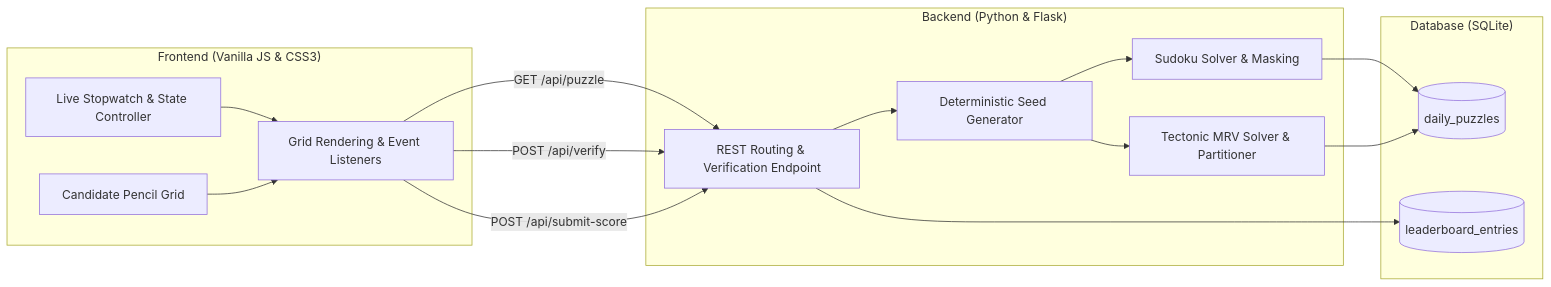
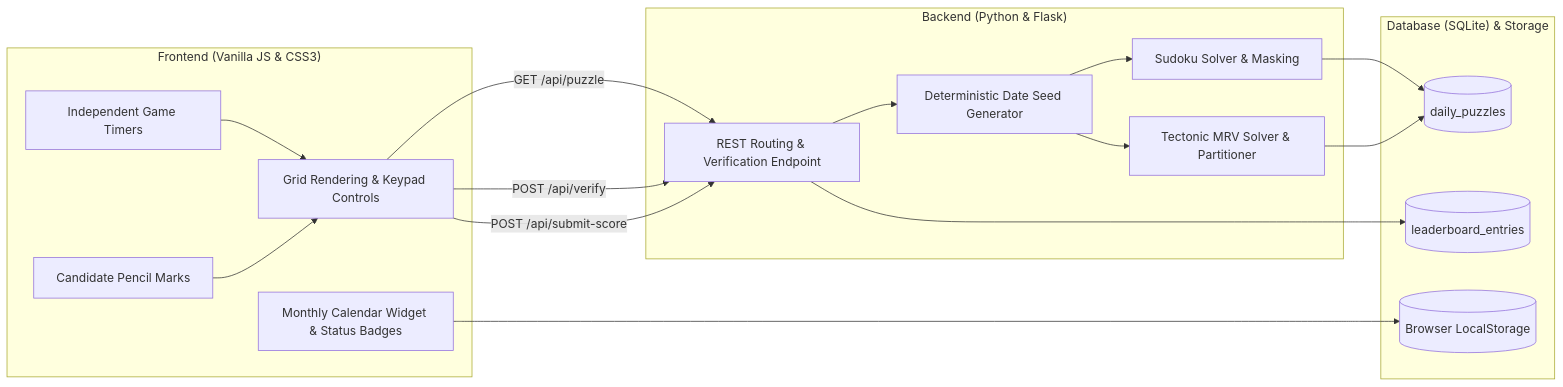
One commit to kallt/daily-logic-puzzles changed the diagram in README.md. Above: the diagram before and after it, drawn with Mermaid. The commit also changed other lines of this file and 7 other files, not shown here.

Commit message:
feat: add Testportalen calendar history widget, independent game timers, and remove assisted flags

````diff
--- a/README.md
+++ b/README.md
@@ -26,29 +30,32 @@
 ```mermaid
 flowchart LR
     subgraph Client ["Frontend (Vanilla JS & CSS3)"]
-        UI[Grid Rendering & Event Listeners]
-        Timer[Live Stopwatch & State Controller]
-        Notes[Candidate Pencil Grid]
+        UI[Grid Rendering & Keypad Controls]
+        Cal[Monthly Calendar Widget & Status Badges]
+        Timer[Independent Game Timers]
+        Notes[Candidate Pencil Marks]
     end
 
     subgraph Server ["Backend (Python & Flask)"]
         API[REST Routing & Verification Endpoint]
         S_Engine[Sudoku Solver & Masking]
         T_Engine[Tectonic MRV Solver & Partitioner]
-        Seed[Deterministic Seed Generator]
+        Seed[Deterministic Date Seed Generator]
     end
 
-    subgraph Storage ["Database (SQLite)"]
+    subgraph Storage ["Database (SQLite) & Storage"]
         DB_P[(daily_puzzles)]
         DB_L[(leaderboard_entries)]
+        LS[(Browser LocalStorage)]
     end
 
     UI -->|GET /api/puzzle| API
     API --> Seed --> S_Engine & T_Engine
     S_Engine & T_Engine --> DB_P
     UI -->|POST /api/verify| API
     UI -->|POST /api/submit-score| API
     API --> DB_L
+    Cal --> LS
     Timer --> UI
     Notes --> UI
 ```
````
